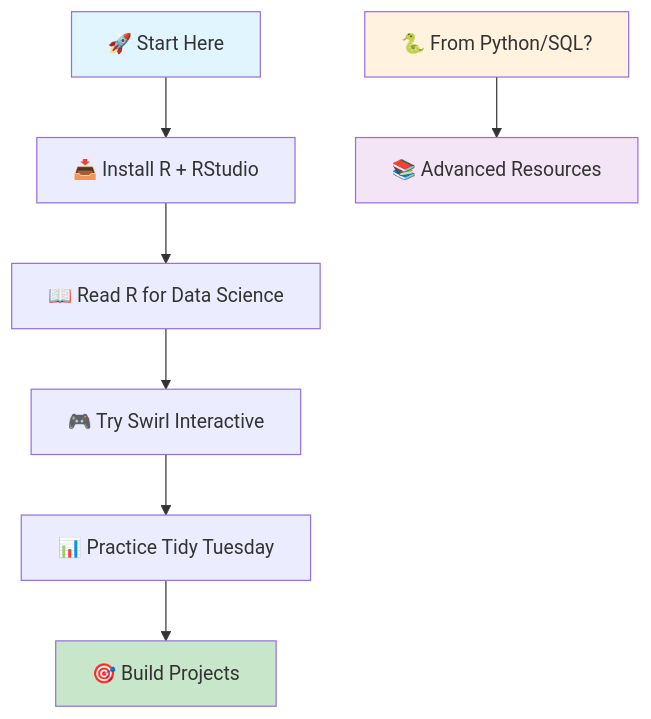
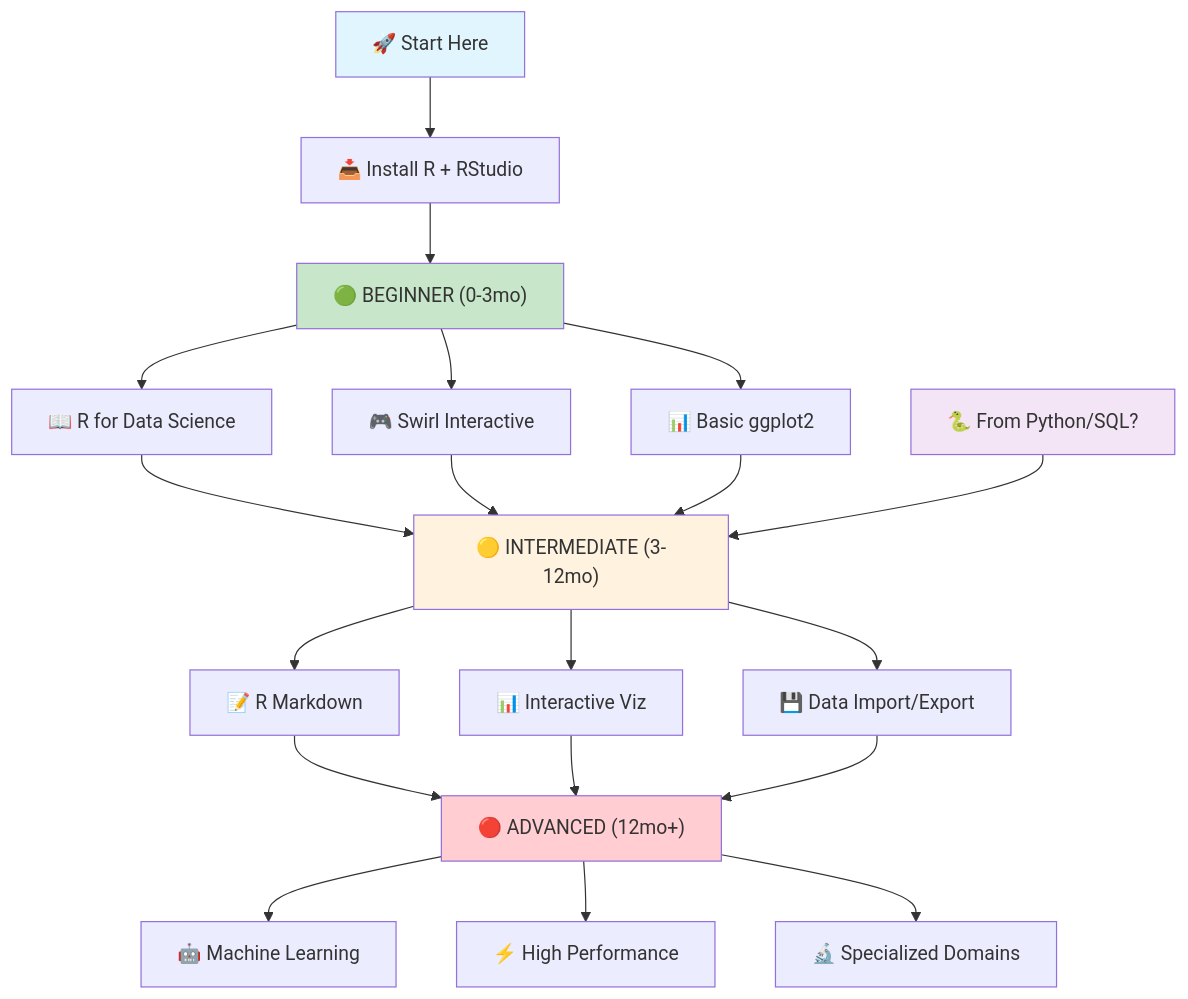
One commit to sagarnikam123/sagarnikam123.github.io changed the first of 2 diagrams in _posts/2015-06-17-learn-r-programming-resources-tutorials.md. Above: the diagram before and after it, drawn with Mermaid. The commit also changed other lines of this file, not shown here.

````diff
--- a/_posts/2015-06-17-learn-r-programming-resources-tutorials.md
+++ b/_posts/2015-06-17-learn-r-programming-resources-tutorials.md
@@ -36,21 +50,38 @@
 ```mermaid
 flowchart TD
     A["🚀 Start Here"] --> B["📥 Install R + RStudio"]
-    B --> C["📖 Read R for Data Science"]
-    C --> D["🎮 Try Swirl Interactive"]
-    D --> E["📊 Practice Tidy Tuesday"]
-    E --> F["🎯 Build Projects"]
+    B --> C["🟢 BEGINNER (0-3mo)"]
+    C --> C1["📖 R for Data Science"]
+    C --> C2["🎮 Swirl Interactive"]
+    C --> C3["📊 Basic ggplot2"]
 
-    G["🐍 From Python/SQL?"] --> H["📚 Advanced Resources"]
+    C1 --> D["🟡 INTERMEDIATE (3-12mo)"]
+    C2 --> D
+    C3 --> D
 
-    click B "#setup" "Go to Setup Guide"
-    click C "https://r4ds.hadley.nz/" "Read R for Data Science"
-    click D "https://swirlstats.com/" "Try Swirl Interactive"
-    click E "https://github.com/rfordatascience/tidytuesday" "Practice Tidy Tuesday"
-    click H "#advanced" "Jump to Advanced Resources"
+    D --> D1["📝 R Markdown"]
+    D --> D2["📊 Interactive Viz"]
+    D --> D3["💾 Data Import/Export"]
+
+    D1 --> E["🔴 ADVANCED (12mo+)"]
+    D2 --> E
+    D3 --> E
+
+    E --> E1["🤖 Machine Learning"]
+    E --> E2["⚡ High Performance"]
+    E --> E3["🔬 Specialized Domains"]
+
+    F["🐍 From Python/SQL?"] --> D
+
+    click B "#setup" "Setup Guide"
+    click C1 "https://r4ds.hadley.nz/" "R for Data Science"
+    click C2 "https://swirlstats.com/" "Swirl Interactive"
+    click E1 "#machine-learning" "ML Section"
+    click E2 "#high-performance" "HPC Section"
 
     style A fill:#e1f5fe
-    style F fill:#c8e6c9
-    style G fill:#fff3e0
-    style H fill:#f3e5f5
+    style C fill:#c8e6c9
+    style D fill:#fff3e0
+    style E fill:#ffcdd2
+    style F fill:#f3e5f5
 ```
````
